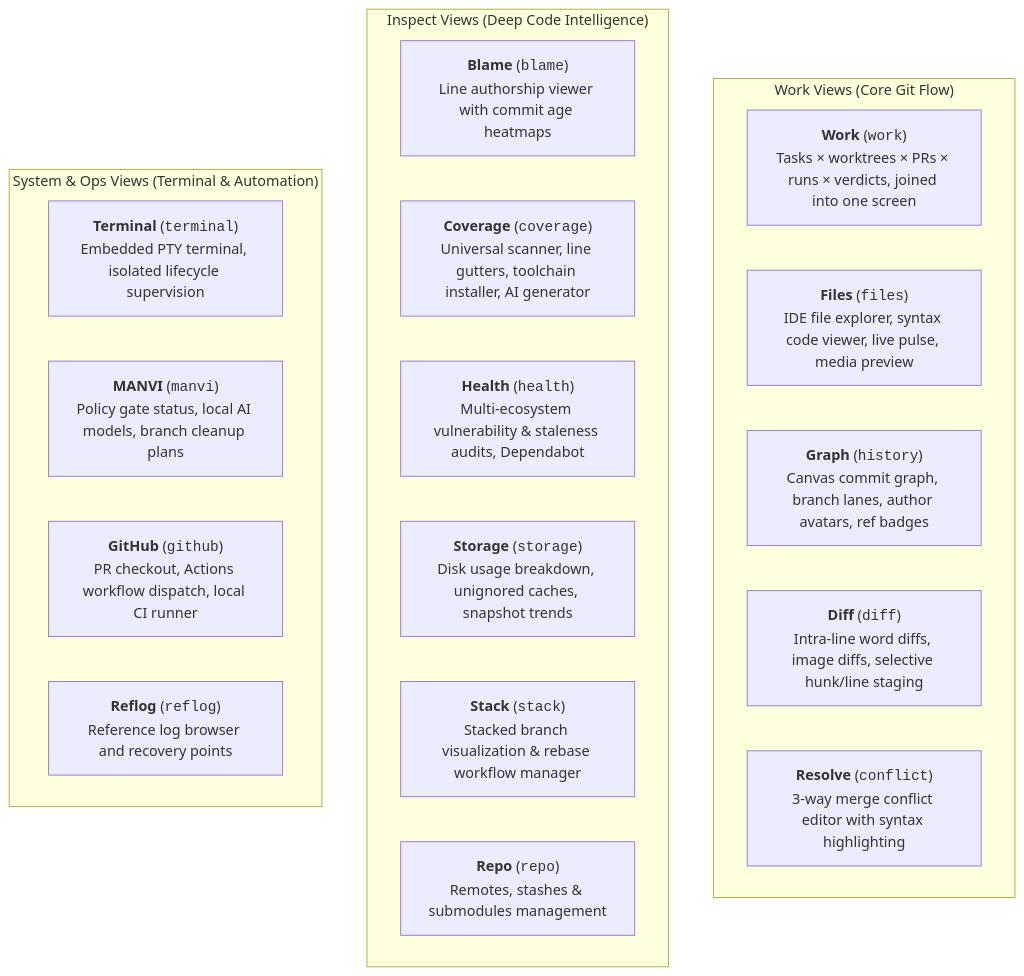
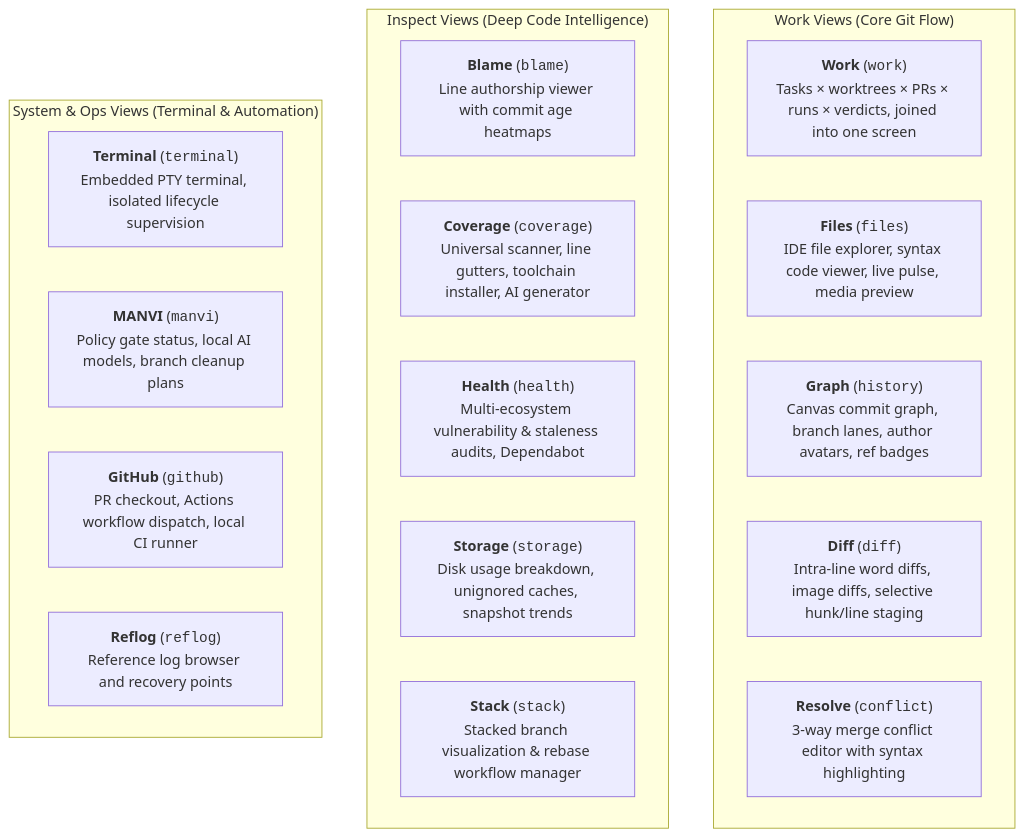
Before and after one commit to bharathvbcr/GitPulse: the first of 2 diagrams in docs/FEATURES.md, drawn with Mermaid. The commit also changed other lines of this file and 16 other files, not shown here.

````diff
--- a/docs/FEATURES.md
+++ b/docs/FEATURES.md
@@ -5,26 +5,25 @@
 ```mermaid
 flowchart TD
     subgraph WorkGroup["Work Views (Core Git Flow)"]
         Work["<b>Work</b> (<code>work</code>)<br/>Tasks × worktrees × PRs × runs × verdicts, joined into one screen"]
         Files["<b>Files</b> (<code>files</code>)<br/>IDE file explorer, syntax code viewer, live pulse, media preview"]
         History["<b>Graph</b> (<code>history</code>)<br/>Canvas commit graph, branch lanes, author avatars, ref badges"]
         Diff["<b>Diff</b> (<code>diff</code>)<br/>Intra-line word diffs, image diffs, selective hunk/line staging"]
         Conflict["<b>Resolve</b> (<code>conflict</code>)<br/>3-way merge conflict editor with syntax highlighting"]
     end
 
     subgraph InspectGroup["Inspect Views (Deep Code Intelligence)"]
         Blame["<b>Blame</b> (<code>blame</code>)<br/>Line authorship viewer with commit age heatmaps"]
         Coverage["<b>Coverage</b> (<code>coverage</code>)<br/>Universal scanner, line gutters, toolchain installer, AI generator"]
         Health["<b>Health</b> (<code>health</code>)<br/>Multi-ecosystem vulnerability & staleness audits, Dependabot"]
         Storage["<b>Storage</b> (<code>storage</code>)<br/>Disk usage breakdown, unignored caches, snapshot trends"]
         Stack["<b>Stack</b> (<code>stack</code>)<br/>Stacked branch visualization & rebase workflow manager"]
-        Repo["<b>Repo</b> (<code>repo</code>)<br/>Remotes, stashes & submodules management"]
     end
 
     subgraph SystemGroup["System & Ops Views (Terminal & Automation)"]
         Terminal["<b>Terminal</b> (<code>terminal</code>)<br/>Embedded PTY terminal, isolated lifecycle supervision"]
         MANVI["<b>MANVI</b> (<code>manvi</code>)<br/>Policy gate status, local AI models, branch cleanup plans"]
         GitHub["<b>GitHub</b> (<code>github</code>)<br/>PR checkout, Actions workflow dispatch, local CI runner"]
         Reflog["<b>Reflog</b> (<code>reflog</code>)<br/>Reference log browser and recovery points"]
     end
 ```
````
